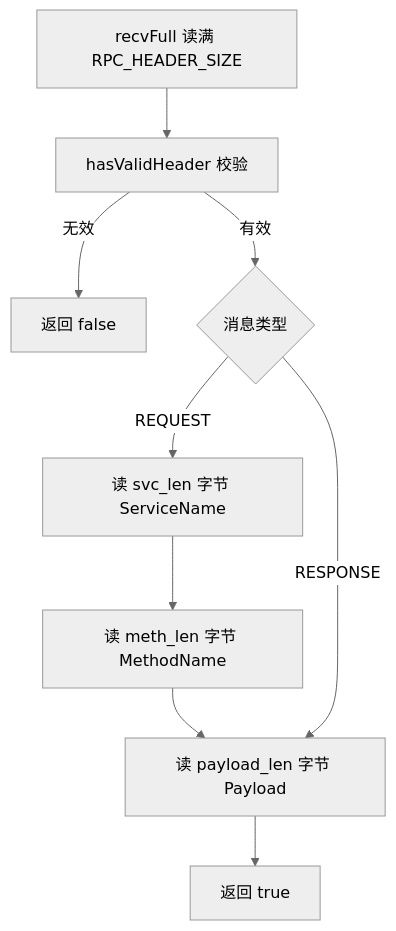
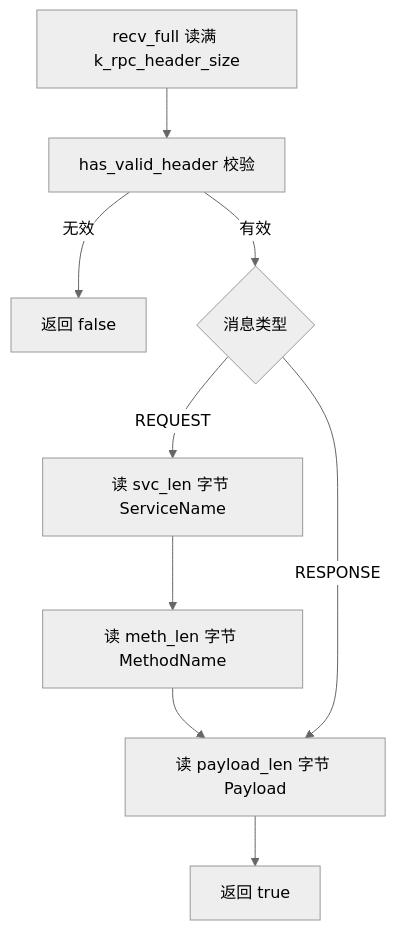
The third of 8 diagrams in docs/src/rpc/RPC.md (loskyertt/NetworkProgramming), drawn with Mermaid (neutral theme) before and after one commit. The commit also changed other lines of this file and 3 other files, not shown here.

````diff
--- a/docs/src/rpc/RPC.md
+++ b/docs/src/rpc/RPC.md
@@ -704,11 +704,11 @@
 ```mermaid
 flowchart TD
-    A[recvFull 读满 RPC_HEADER_SIZE] --> B[hasValidHeader 校验]
+    A[recv_full 读满 k_rpc_header_size] --> B[has_valid_header 校验]
     B -->|无效| X[返回 false]
     B -->|有效| C{消息类型}
     C -->|REQUEST| D[读 svc_len 字节 ServiceName]
     D --> E[读 meth_len 字节 MethodName]
     E --> F[读 payload_len 字节 Payload]
     C -->|RESPONSE| F
     F --> G[返回 true]
 ```
````
